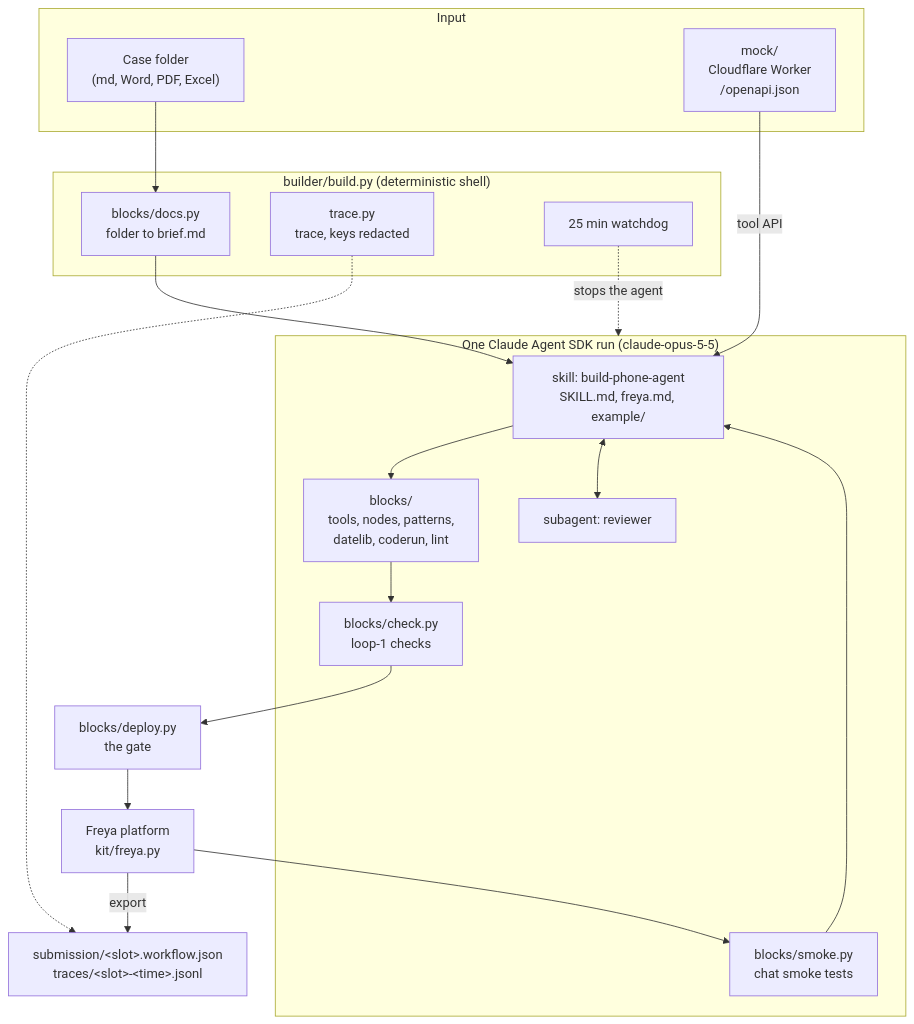
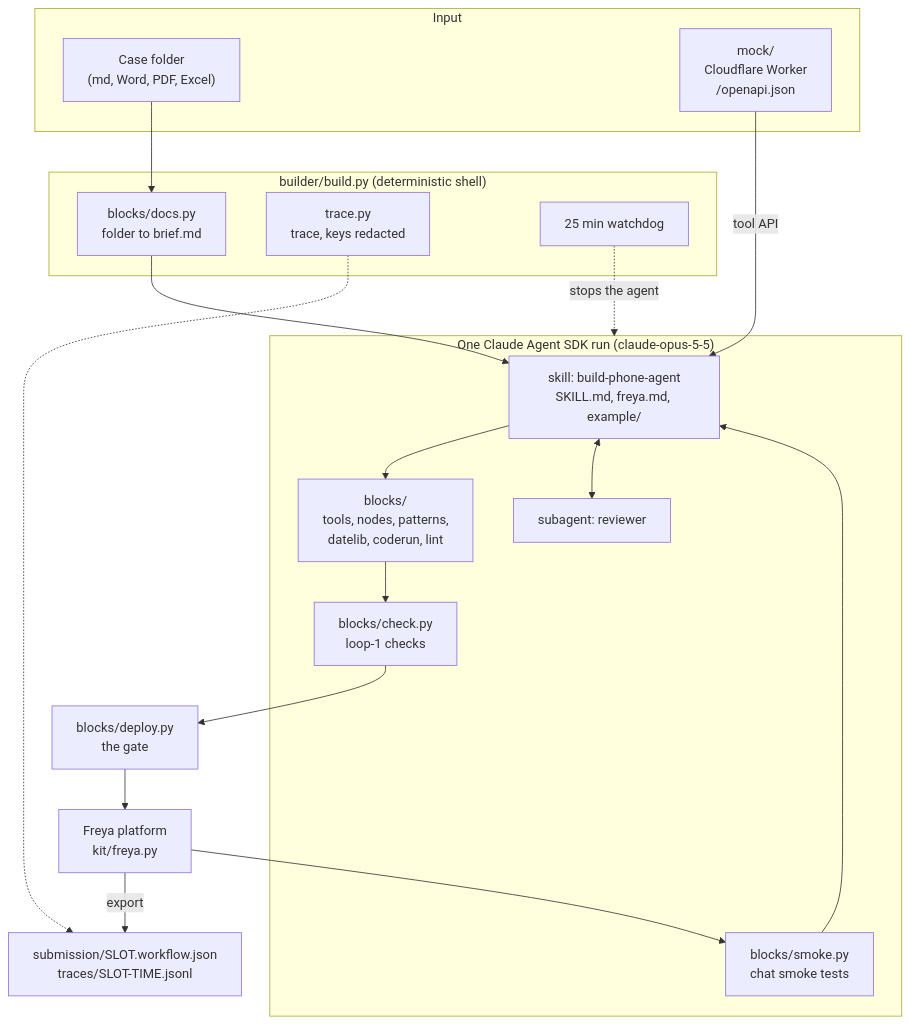
The first of 3 diagrams in docs/architecture.md (Tugaytalha/The-Builder), drawn with Mermaid before and after one commit.

Commit message:
Architecture diagrams: plain SLOT placeholder (angle brackets were stripped by GitHub)

````diff
--- a/docs/architecture.md
+++ b/docs/architecture.md
@@ -7,35 +7,35 @@
 ```mermaid
 flowchart TB
     subgraph IN["Input"]
         CASE["Case folder<br/>(md, Word, PDF, Excel)"]
         MOCK["mock/<br/>Cloudflare Worker<br/>/openapi.json"]
     end
 
     subgraph SHELL["builder/build.py (deterministic shell)"]
         DOCS["blocks/docs.py<br/>folder to brief.md"]
         TRACE["trace.py<br/>trace, keys redacted"]
         WD["25 min watchdog"]
     end
 
     subgraph AGENT["One Claude Agent SDK run (claude-opus-5-5)"]
         SKILL["skill: build-phone-agent<br/>SKILL.md, freya.md, example/"]
         REV["subagent: reviewer"]
         BLK["blocks/<br/>tools, nodes, patterns,<br/>datelib, coderun, lint"]
         CHK["blocks/check.py<br/>loop-1 checks"]
         SMK["blocks/smoke.py<br/>chat smoke tests"]
     end
 
     GATE["blocks/deploy.py<br/>the gate"]
     FREYA["Freya platform<br/>kit/freya.py"]
-    OUT["submission/&lt;slot&gt;.workflow.json<br/>traces/&lt;slot&gt;-&lt;time&gt;.jsonl"]
+    OUT["submission/SLOT.workflow.json<br/>traces/SLOT-TIME.jsonl"]
 
     CASE --> DOCS --> SKILL
     MOCK -->|tool API| SKILL
     SKILL --> BLK --> CHK --> GATE
     SKILL <--> REV
     GATE --> FREYA --> SMK
     SMK --> SKILL
     FREYA -->|export| OUT
     TRACE -.-> OUT
     WD -.->|stops the agent| AGENT
 ```
````
